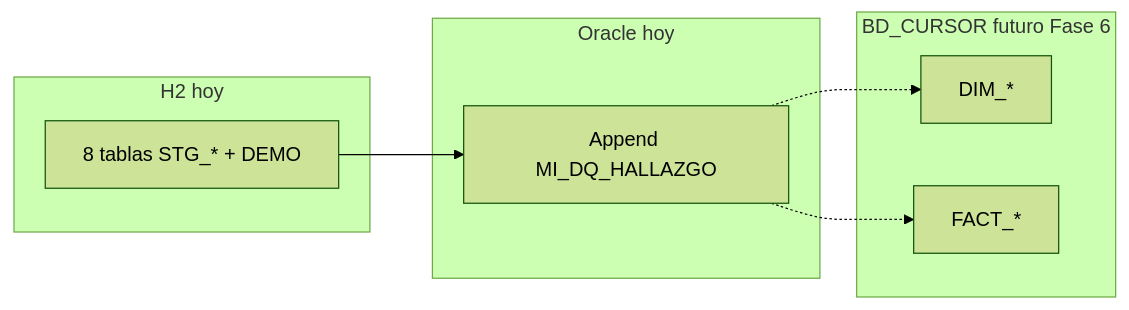
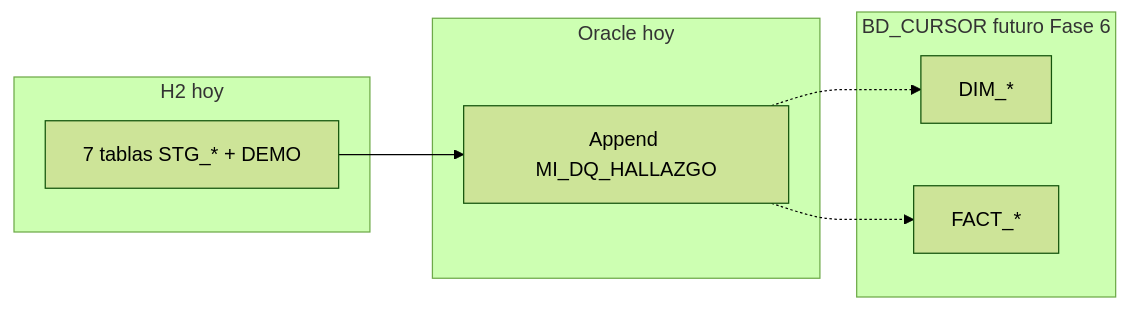
Before and after one commit to nwodevops/multa_informes_etl: the third of 3 diagrams in docs/fase1-3/status.md, drawn with Mermaid (forest theme). The commit also changed other lines of this file and 51 other files, not shown here.

````diff
--- a/docs/fase1-3/status.md
+++ b/docs/fase1-3/status.md
@@ -136,16 +133,16 @@
 ```mermaid
 flowchart LR
   subgraph h2now [H2 hoy]
-    STG8["8 tablas STG_* + DEMO"]
+    STG8["7 tablas STG_* + DEMO"]
   end
   subgraph oranow [Oracle hoy]
     DQonly["Append MI_DQ_HALLAZGO"]
   end
   subgraph orafut [BD_CURSOR futuro Fase 6]
     DIM["DIM_*"]
     FACT["FACT_*"]
   end
   STG8 --> DQonly
   DQonly -.-> DIM
   DQonly -.-> FACT
 ```
````
